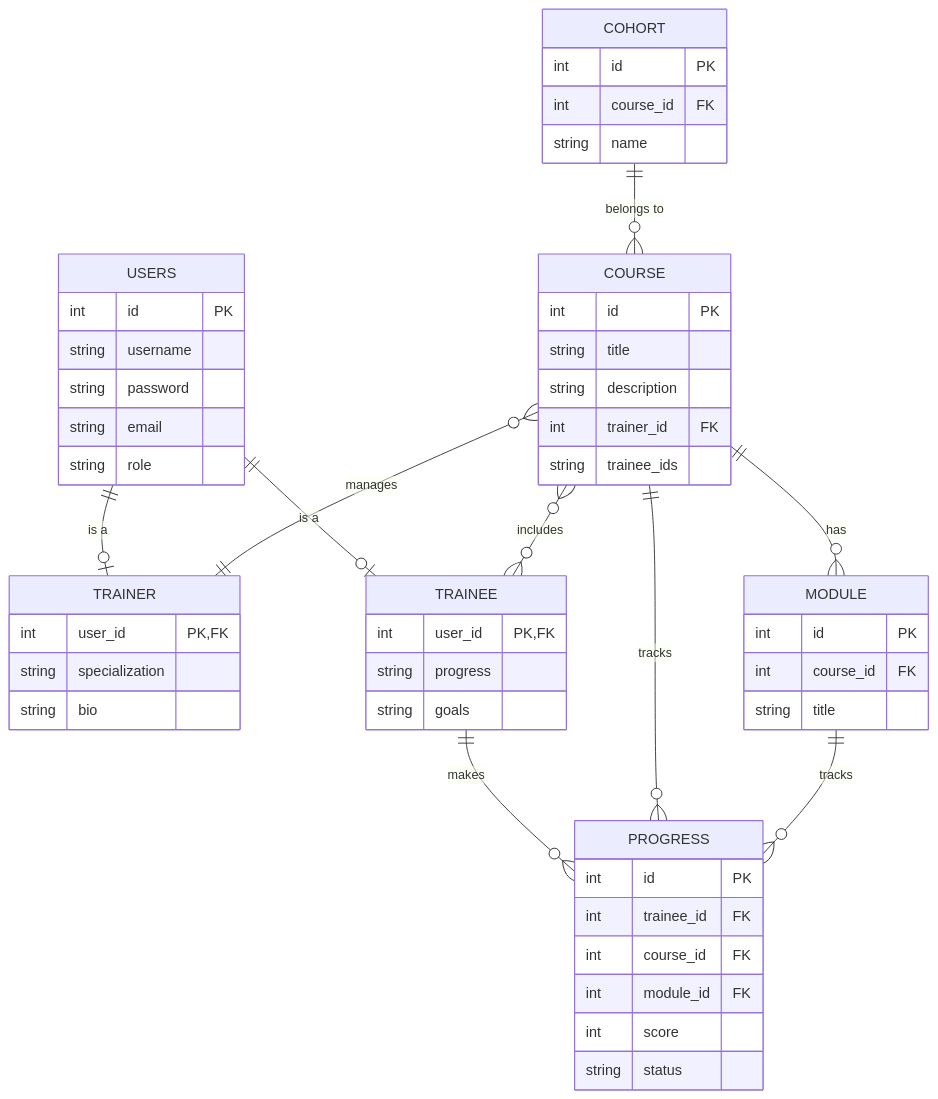
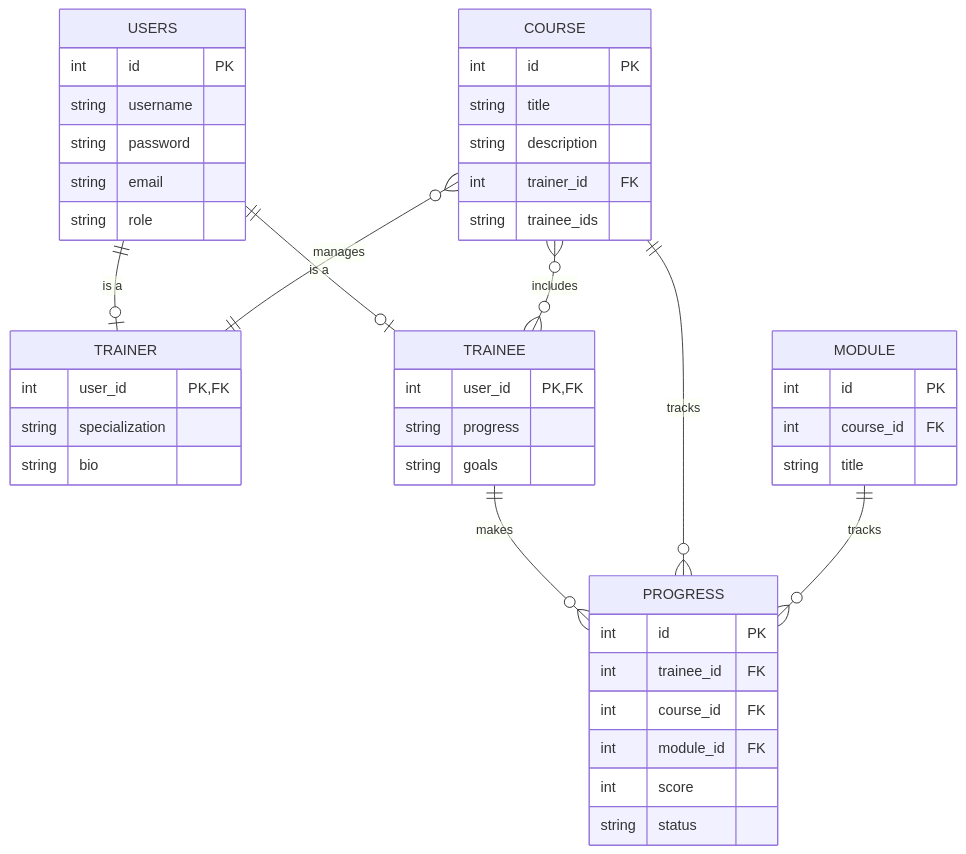
Before and after one commit to erin-airship/training-platform: the second of 2 diagrams in README.md, drawn with Mermaid. The commit also changed other lines of this file, not shown here.

Commit message:
Remove Cohort from diagrams

````diff
--- a/README.md
+++ b/README.md
@@ -150,61 +139,53 @@
 ``` mermaid
 erDiagram
     USERS {
         int id PK
         string username
         string password
         string email
         string role
     }
 
     TRAINER {
         int user_id PK, FK
         string specialization
         string bio
     }
 
     TRAINEE {
         int user_id PK, FK
         string progress
         string goals
-    }
-
-    COHORT {
-        int id PK
-        int course_id FK
-        string name
     }
 
     COURSE {
         int id PK
         string title
         string description
         int trainer_id FK
         string trainee_ids
     }
 
     MODULE {
         int id PK
         int course_id FK
         string title
     }
 
     PROGRESS {
         int id PK
         int trainee_id FK
         int course_id FK
         int module_id FK
         int score
         string status
     }
 
     USERS ||--o| TRAINER: "is a"
     USERS ||--o| TRAINEE: "is a"
     COURSE }o--|| TRAINER: "manages"
     COURSE }o--o{ TRAINEE: "includes"
-    COURSE ||--o{ MODULE: "has"
-    COHORT ||--o{ COURSE: "belongs to"
     TRAINEE ||--o{ PROGRESS: "makes"
     COURSE ||--o{ PROGRESS: "tracks"
     MODULE ||--o{ PROGRESS: "tracks"
 ```
````
